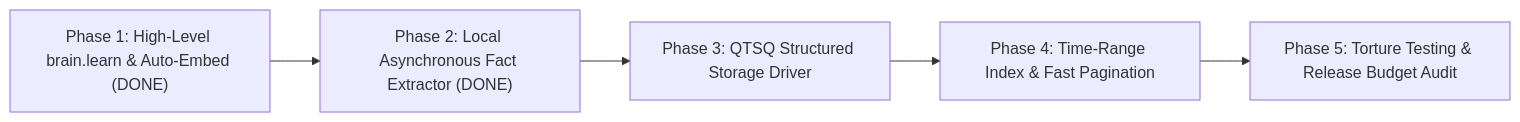
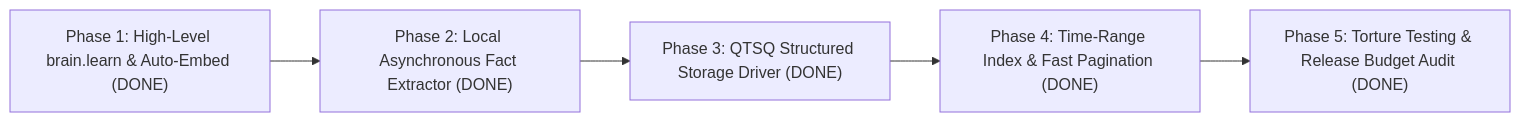
The second of 2 diagrams in docs/PLAN-CMA-V2-AND-STRUCTURED-STORAGE.md (sofuu-runtime/sofuu), drawn with Mermaid before and after one commit. The commit also changed other lines of this file and 3 other files, not shown here.

Commit message:
feat(storage): Concurrency torture fuzzing, ingestion benchmarks & crash safety (Phase 5)

````diff
--- a/docs/PLAN-CMA-V2-AND-STRUCTURED-STORAGE.md
+++ b/docs/PLAN-CMA-V2-AND-STRUCTURED-STORAGE.md
@@ -223,7 +223,7 @@
 ```mermaid
 flowchart LR
     M1["Phase 1: High-Level brain.learn & Auto-Embed (DONE)"] --> M2["Phase 2: Local Asynchronous Fact Extractor (DONE)"]
-    M2 --> M3["Phase 3: QTSQ Structured Storage Driver"]
-    M3 --> M4["Phase 4: Time-Range Index & Fast Pagination"]
-    M4 --> M5["Phase 5: Torture Testing & Release Budget Audit"]
+    M2 --> M3["Phase 3: QTSQ Structured Storage Driver (DONE)"]
+    M3 --> M4["Phase 4: Time-Range Index & Fast Pagination (DONE)"]
+    M4 --> M5["Phase 5: Torture Testing & Release Budget Audit (DONE)"]
 ```
````
